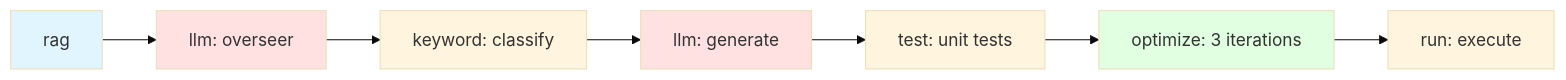
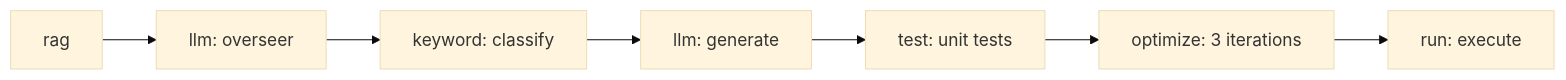
The seventh of 7 diagrams in README.md (scottgal/mostlylucid.dse), drawn with Mermaid (base theme) before and after one commit. The commit also changed other lines of this file and 1 other file, not shown here.

````diff
--- a/README.md
+++ b/README.md
@@ -699,14 +684,10 @@
 ```mermaid
 graph LR
     A[rag] --> B[llm: overseer]
     B --> C[keyword: classify]
     C --> D[llm: generate]
     D --> E[test: unit tests]
     E --> F[optimize: 3 iterations]
     F --> G[run: execute]
 
-    style A fill:#e1f5ff
-    style B fill:#ffe1e1
-    style D fill:#ffe1e1
-    style F fill:#e1ffe1
 ```
````
